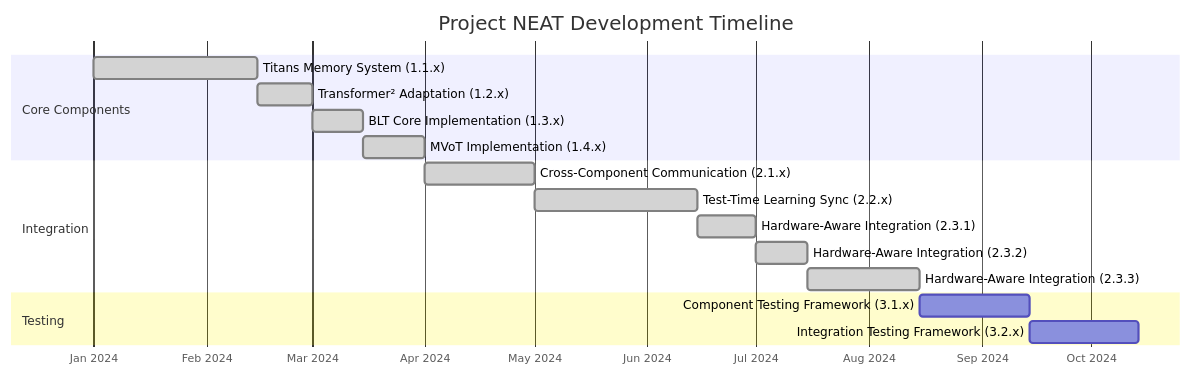
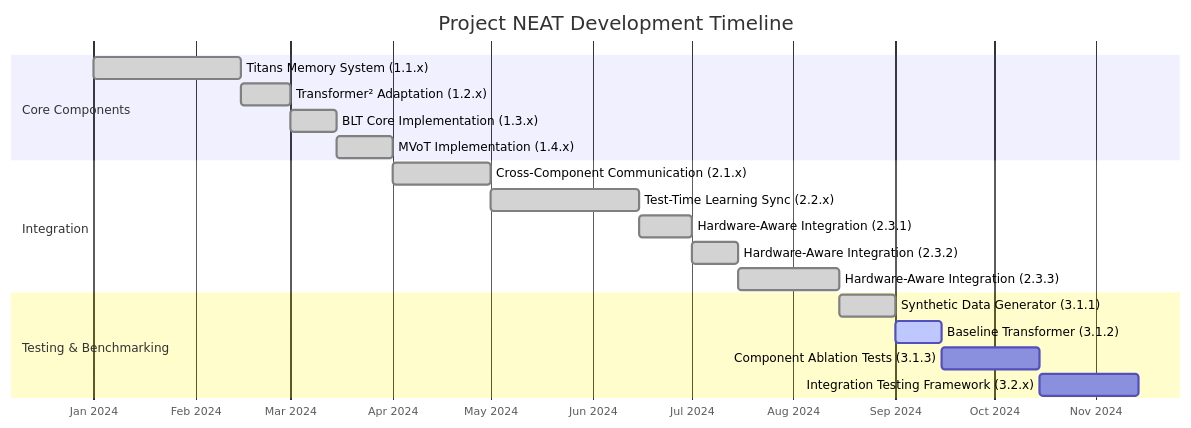
Before and after one commit to idlandes04/Project-NEAT: the second of 4 diagrams in README.md, drawn with Mermaid. The commit also changed other lines of this file and 14 other files, not shown here.

````diff
--- a/README.md
+++ b/README.md
@@ -80,23 +80,25 @@
 ```mermaid
 gantt
     title Project NEAT Development Timeline
     dateFormat  YYYY-MM-DD
     axisFormat %b %Y
     
     section Core Components
     Titans Memory System (1.1.x)       :done, titans, 2024-01-01, 2024-02-15
     Transformer² Adaptation (1.2.x)    :done, transformer2, 2024-02-15, 2024-03-01
     BLT Core Implementation (1.3.x)    :done, blt, 2024-03-01, 2024-03-15
     MVoT Implementation (1.4.x)        :done, mvot, 2024-03-15, 2024-04-01
     
     section Integration
     Cross-Component Communication (2.1.x) :done, comms, 2024-04-01, 2024-05-01
     Test-Time Learning Sync (2.2.x)       :done, ttl, 2024-05-01, 2024-06-15
     Hardware-Aware Integration (2.3.1)    :done, hwint1, 2024-06-15, 2024-07-01
     Hardware-Aware Integration (2.3.2)    :done, hwint2, 2024-07-01, 2024-07-15
     Hardware-Aware Integration (2.3.3)    :done, hwint3, 2024-07-15, 2024-08-15
     
-    section Testing
-    Component Testing Framework (3.1.x)    :ctest, after hwint3, 30d
-    Integration Testing Framework (3.2.x)  :itest, after ctest, 30d
+    section Testing & Benchmarking
+    Synthetic Data Generator (3.1.1)      :done, synthetic, 2024-08-15, 2024-09-01
+    Baseline Transformer (3.1.2)          :active, baseline, 2024-09-01, 2024-09-15
+    Component Ablation Tests (3.1.3)      :ablation, after baseline, 30d
+    Integration Testing Framework (3.2.x)  :itest, after ablation, 30d
 ```
````
